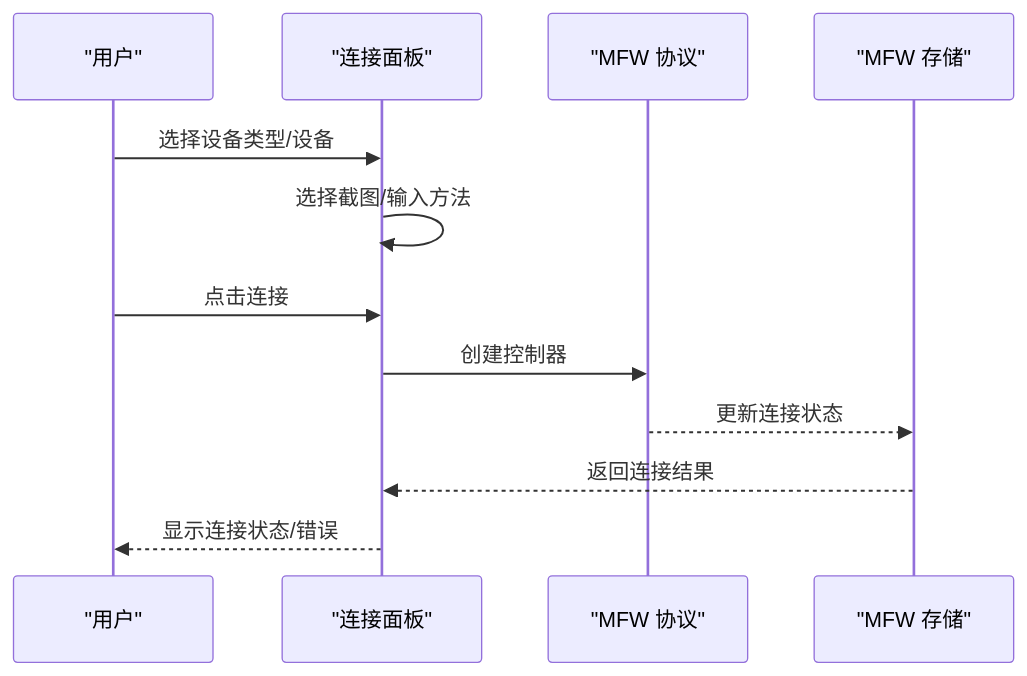
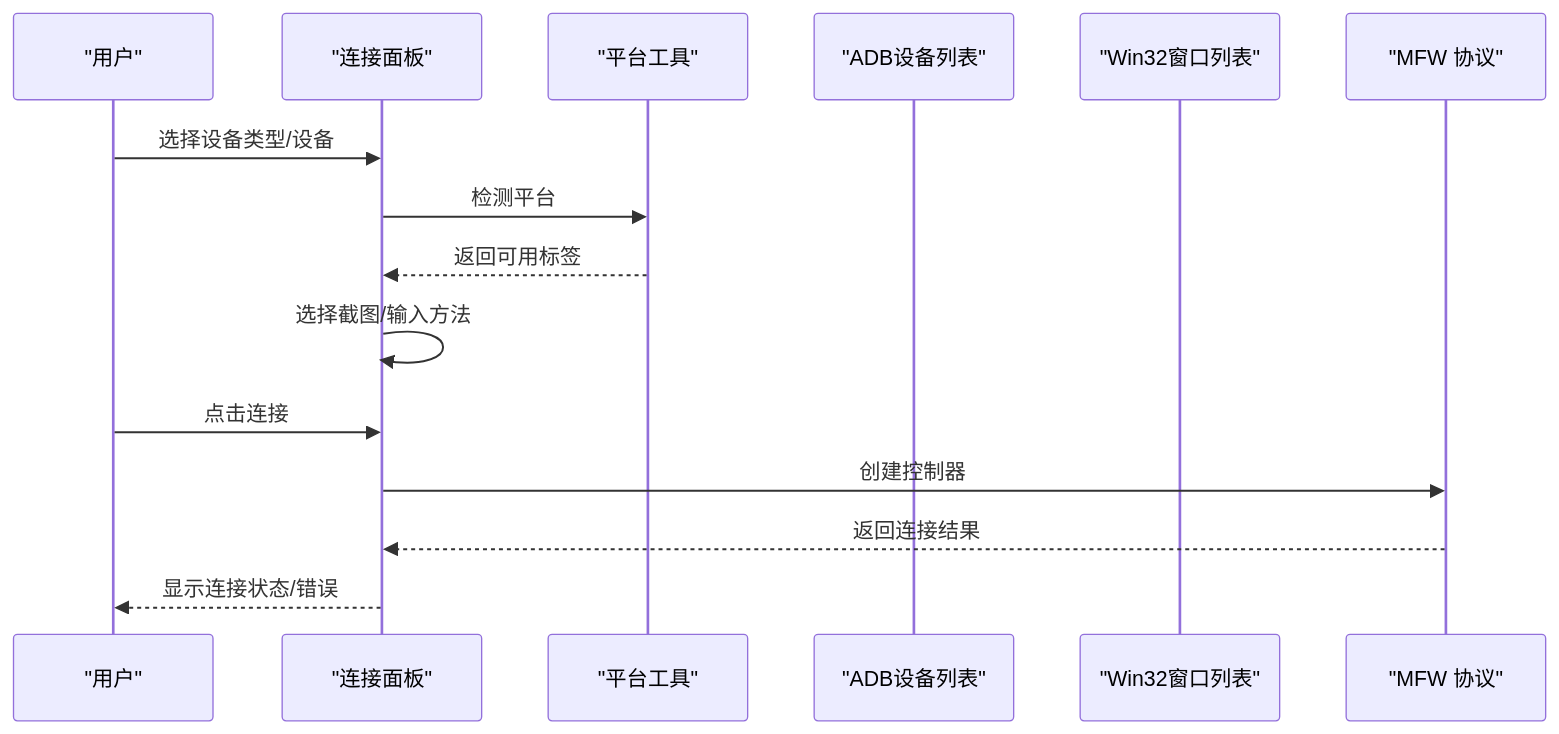
One commit to kqcoxn/MaaPipelineEditor changed the fifth of 12 diagrams in .qoder/repowiki/zh/content/用户界面/面板系统/面板系统.md. Above: the diagram before and after it, drawn with Mermaid. The commit also changed other lines of this file and 6 other files, not shown here.

````diff
--- a/.qoder/repowiki/zh/content/用户界面/面板系统/面板系统.md
+++ b/.qoder/repowiki/zh/content/用户界面/面板系统/面板系统.md
@@ -292,14 +321,17 @@
 ```mermaid
 sequenceDiagram
 participant U as "用户"
 participant CONP as "连接面板"
+participant UTILS as "平台工具"
+participant ADBL as "ADB设备列表"
+participant WINL as "Win32窗口列表"
 participant MFW as "MFW 协议"
-participant ST as "MFW 存储"
 U->>CONP : 选择设备类型/设备
+CONP->>UTILS : 检测平台
+UTILS-->>CONP : 返回可用标签
 CONP->>CONP : 选择截图/输入方法
 U->>CONP : 点击连接
 CONP->>MFW : 创建控制器
-MFW-->>ST : 更新连接状态
-ST-->>CONP : 返回连接结果
+MFW-->>CONP : 返回连接结果
 CONP-->>U : 显示连接状态/错误
 ```
````
